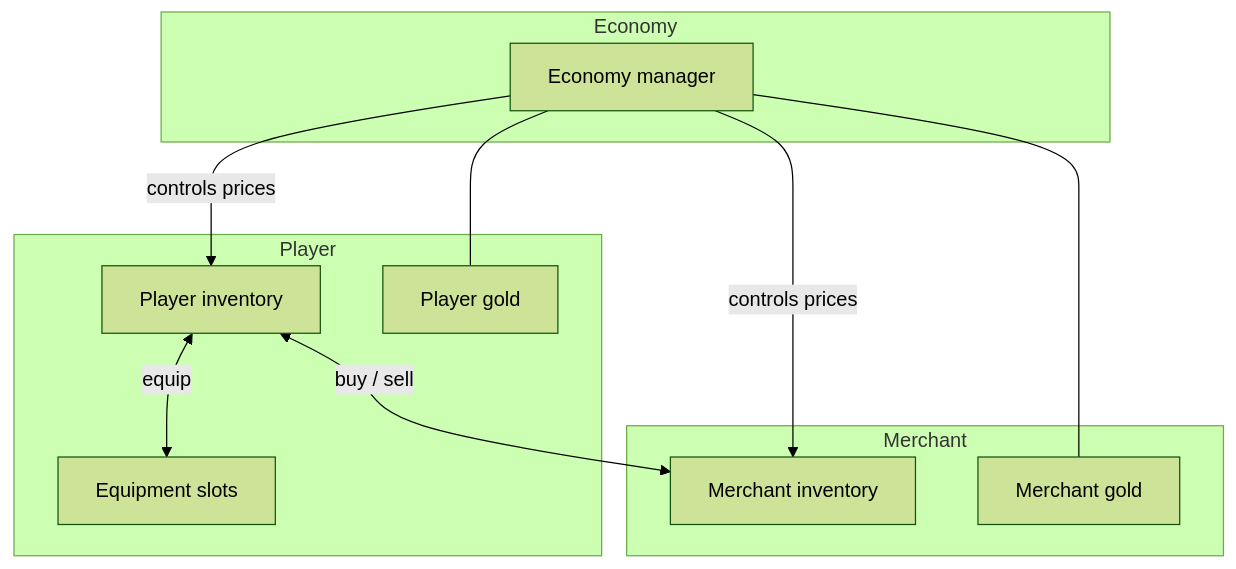
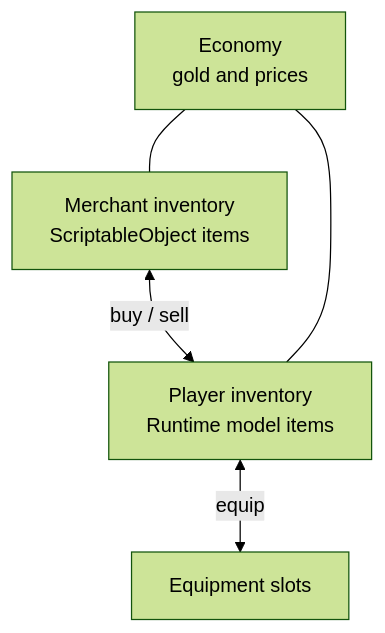
Before and after one commit to SergeevSergey99/DragAndDropSystem-Docs: the first of 2 diagrams in .docs/content/examples/trading.en.md, drawn with Mermaid (forest theme). The commit also changed other lines of this file and 16 other files, not shown here.

````diff
--- a/.docs/content/examples/trading.en.md
+++ b/.docs/content/examples/trading.en.md
@@ -9,24 +9,12 @@
 ```mermaid
 flowchart TB
-    subgraph Player
-        PI["Player inventory"]
-        ES["Equipment slots"]
-        PG["Player gold"]
-    end
+    Merchant["Merchant inventory<br/>ScriptableObject items"]
+    Player["Player inventory<br/>Runtime model items"]
+    Equipment["Equipment slots"]
+    Economy["Economy<br/>gold and prices"]
 
-    subgraph Merchant
-        MI["Merchant inventory"]
-        MG["Merchant gold"]
-    end
-
-    subgraph Economy
-        EM["Economy manager"]
-    end
-
-    PI <-->|"buy / sell"| MI
-    PI <-->|"equip"| ES
-    EM --- PG
-    EM --- MG
-    EM -->|"controls prices"| PI
-    EM -->|"controls prices"| MI
+    Merchant <-->|buy / sell| Player
+    Player <-->|equip| Equipment
+    Economy --- Merchant
+    Economy --- Player
 ```
````
